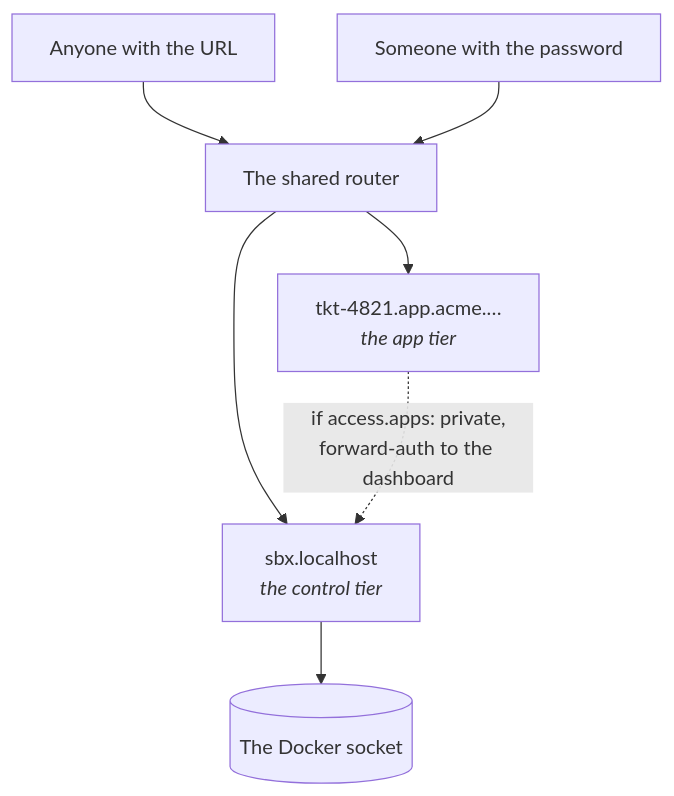
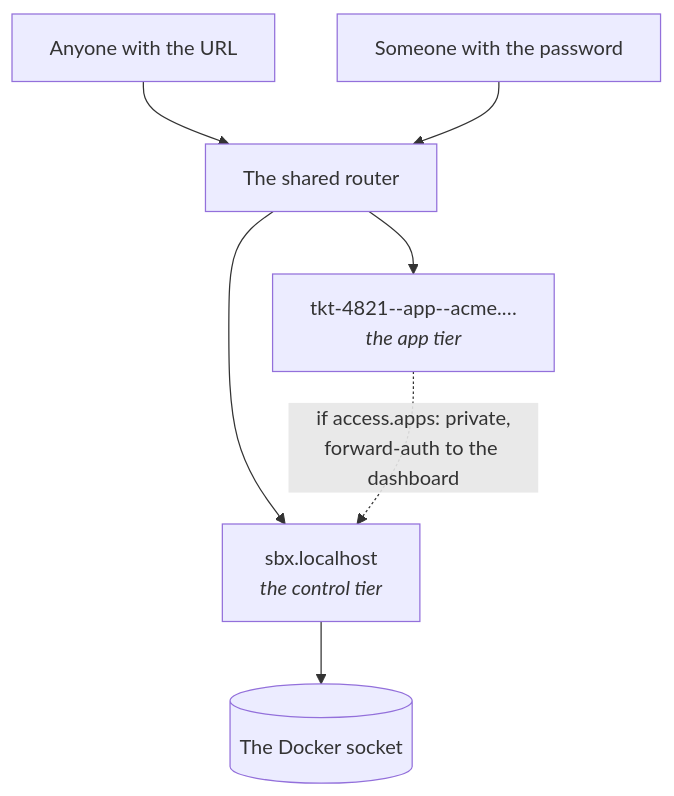
One commit to mattmoran56/sandboxer-core changed the first of 2 diagrams in docs/access.md. Above: the diagram before and after it, drawn with Mermaid. The commit also changed other lines of this file and 43 other files, not shown here.

````diff
--- a/docs/access.md
+++ b/docs/access.md
@@ -27,12 +27,12 @@
 ```mermaid
 flowchart TB
   b["Anyone with the URL"]
   o["Someone with the password"]
   r["The shared router"]
-  app["tkt-4821.app.acme.…<br/><i>the app tier</i>"]
+  app["tkt-4821--app--acme.…<br/><i>the app tier</i>"]
   dash["sbx.localhost<br/><i>the control tier</i>"]
   dk[("The Docker socket")]
   b --> r --> app
   o --> r --> dash --> dk
   app -.->|"if access.apps: private,<br/>forward-auth to the dashboard"| dash
 ```
````
